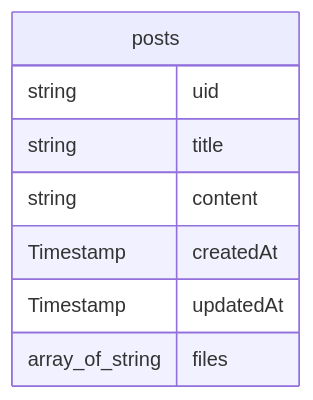
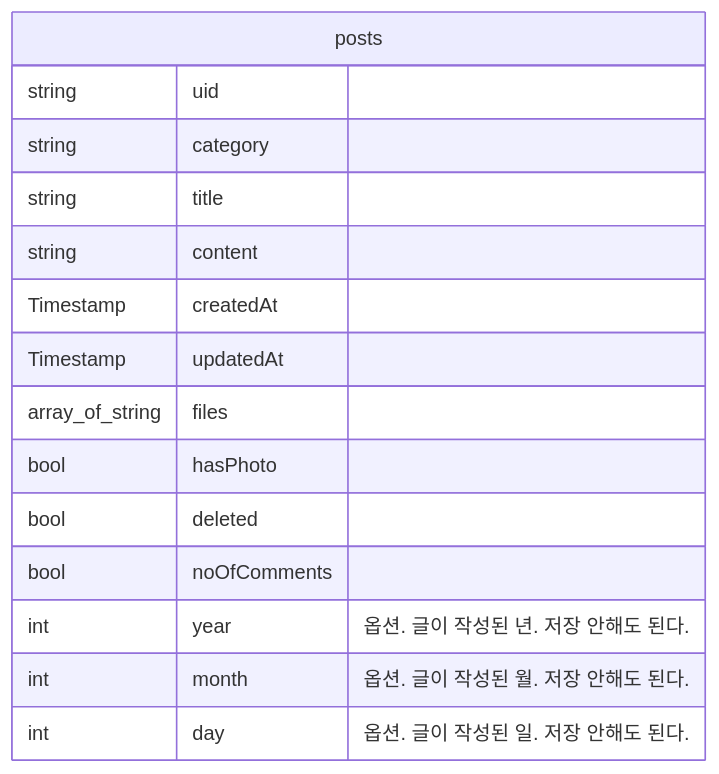
The fourth of 5 diagrams in README.md (thruthesky/fireflutter), drawn with Mermaid before and after one commit. The commit also changed other lines of this file and 1 other file, not shown here.

````diff
--- a/README.md
+++ b/README.md
@@ -665,11 +669,18 @@
 ```mermaid
 erDiagram
   posts {
     string uid
+    string category
     string title
     string content
     Timestamp createdAt
     Timestamp updatedAt
     array_of_string files
+    bool hasPhoto
+    bool deleted
+    bool noOfComments
+    int year "옵션. 글이 작성된 년. 저장 안해도 된다."
+    int month "옵션. 글이 작성된 월. 저장 안해도 된다."
+    int day "옵션. 글이 작성된 일. 저장 안해도 된다."
   }
 ```
````
